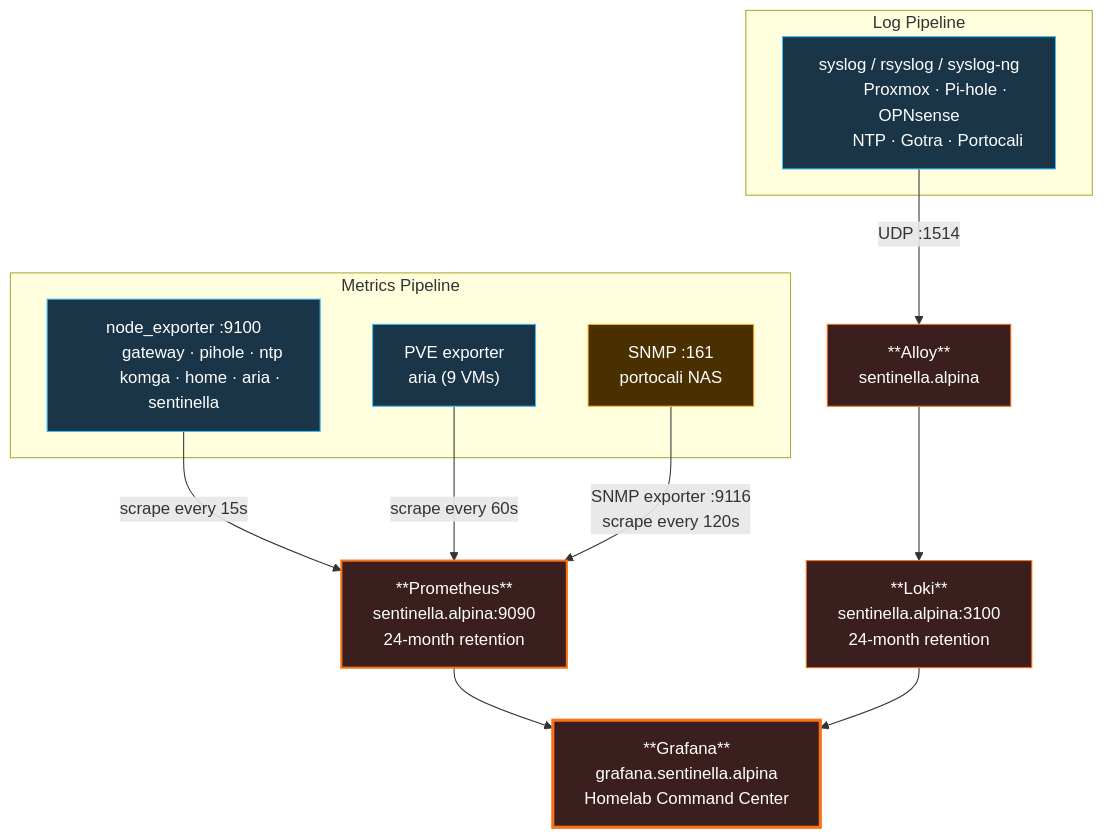
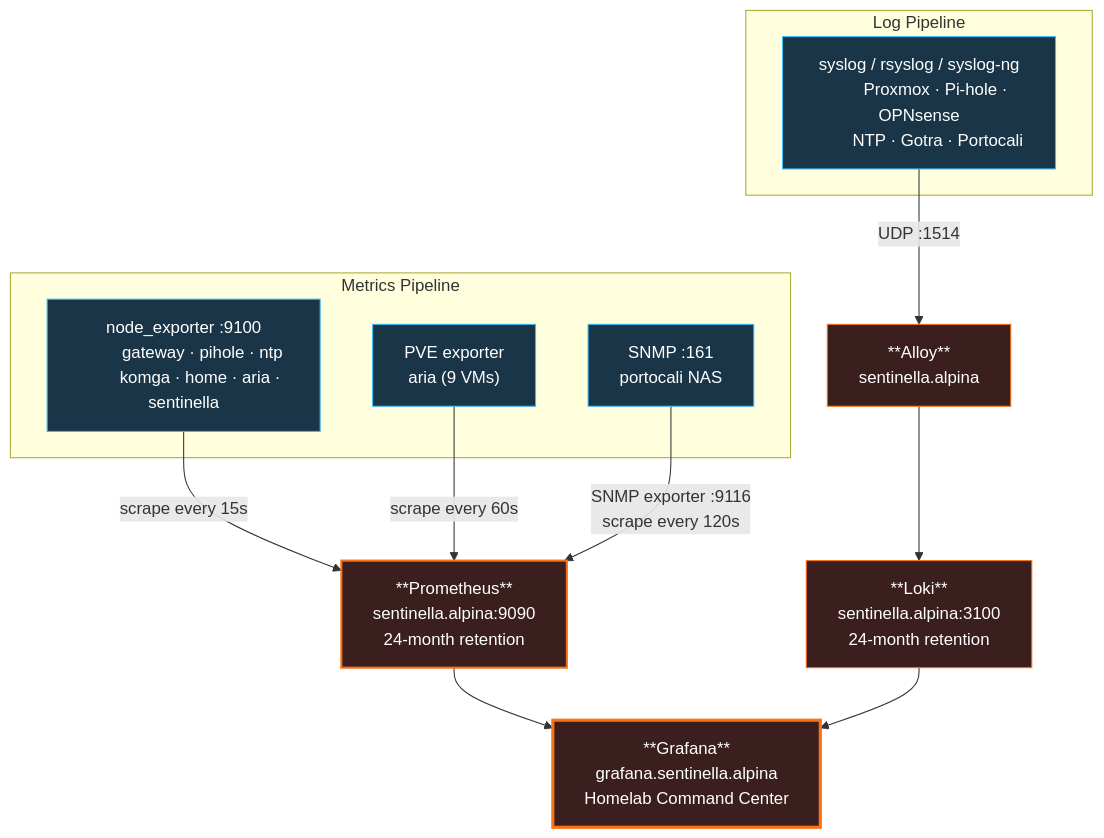
One commit to ParkWardRR/server.alpina-cleanup changed the fourth of 5 diagrams in docs/network-diagram.md. Above: the diagram before and after it, drawn with Mermaid. The commit also changed other lines of this file and 4 other files, not shown here.

````diff
--- a/docs/network-diagram.md
+++ b/docs/network-diagram.md
@@ -226,52 +226,52 @@
 ```mermaid
 flowchart TD
     subgraph Metrics["Metrics Pipeline"]
         NE1["node_exporter :9100
         gateway · pihole · ntp
         komga · home · aria · sentinella"]
         PVE["PVE exporter
         aria (9 VMs)"]
         SNMP["SNMP :161
         portocali NAS"]
     end
 
     subgraph Logs["Log Pipeline"]
         SYS["syslog / rsyslog / syslog-ng
         Proxmox · Pi-hole · OPNsense
         NTP · Gotra · Portocali"]
     end
 
     NE1 -- "scrape every 15s" --> PROM
     PVE -- "scrape every 60s" --> PROM
     SNMP -- "SNMP exporter :9116
     scrape every 120s" --> PROM
 
     SYS -- "UDP :1514" --> ALLOY
 
     PROM["**Prometheus**
     sentinella.alpina:9090
     24-month retention"]
     ALLOY["**Alloy**
     sentinella.alpina"]
 
     PROM --> GRAF
     ALLOY --> LOKI
     LOKI --> GRAF
 
     LOKI["**Loki**
     sentinella.alpina:3100
     24-month retention"]
 
     GRAF["**Grafana**
     grafana.sentinella.alpina
     Homelab Command Center"]
 
     style NE1 fill:#1a3547,stroke:#38bdf8,color:#fff
     style PVE fill:#1a3547,stroke:#38bdf8,color:#fff
-    style SNMP fill:#4a3000,stroke:#fbbf24,color:#fff
+    style SNMP fill:#1a3547,stroke:#38bdf8,color:#fff
     style SYS fill:#1a3547,stroke:#38bdf8,color:#fff
     style PROM fill:#3b1f1f,stroke:#f97316,color:#fff,stroke-width:2px
     style ALLOY fill:#3b1f1f,stroke:#f97316,color:#fff
     style LOKI fill:#3b1f1f,stroke:#f97316,color:#fff
     style GRAF fill:#3b1f1f,stroke:#f97316,color:#fff,stroke-width:3px
 ```
````
